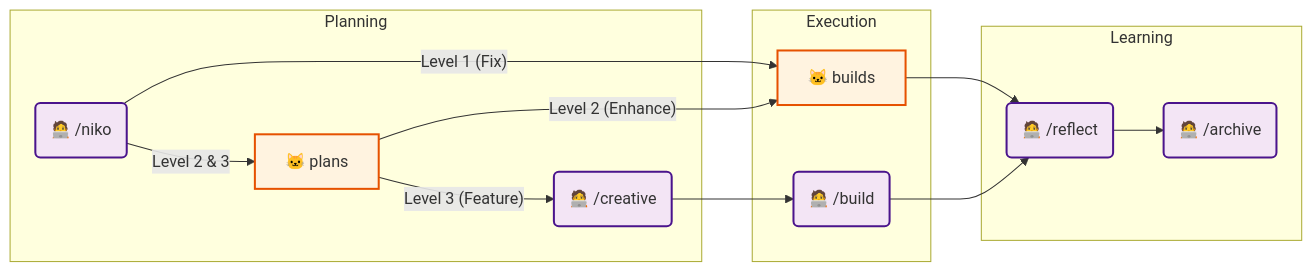
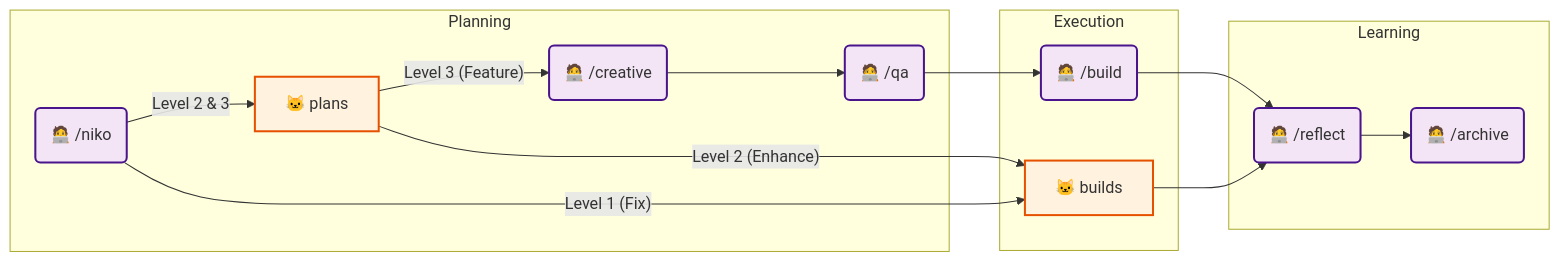
One commit to Texarkanine/.cursor-rules changed the diagram in rulesets/niko/README.md. Above: the diagram before and after it, drawn with Mermaid. The commit also changed 9 other files, not shown here.

````diff
--- a/rulesets/niko/README.md
+++ b/rulesets/niko/README.md
@@ -48,43 +48,47 @@
 ```mermaid
 flowchart LR
 
 	%% Nodes
 	Niko("🧑‍💻 /niko")
 	NikoPlan["🐱 plans"]
 	NikoBuild["🐱 builds"]
 
 	Creative("🧑‍💻 /creative")
+	QA("🧑‍💻 /qa")
 
-	ManBuild("🧑‍💻 /build")
-	
-	Reflect("🧑‍💻 /reflect")
 	Archive("🧑‍💻 /archive")
 
 	%% Paths
 	subgraph Planning
-	
-	Niko -- "Level 2 & 3" --> NikoPlan
+        Niko -- "Level 2 & 3" --> NikoPlan
 
-	NikoPlan -- "Level 3 (Feature)" --> Creative
+        NikoPlan -- "Level 3 (Feature)" --> Creative
+
+        Creative --> QA
 	end
 
+    QA --> ManBuild
+
 	subgraph Execution
-	Niko -- "Level 1 (Fix)" --> NikoBuild
-	NikoPlan -- "Level 2 (Enhance)" --> NikoBuild
-	Creative --> ManBuild
+        ManBuild("🧑‍💻 /build")
+        Niko -- "Level 1 (Fix)" --> NikoBuild
+        NikoPlan -- "Level 2 (Enhance)" --> NikoBuild
 	end
+
+    ManBuild --> Reflect
 	
 	subgraph Learning
-	NikoBuild --> Reflect
-	ManBuild --> Reflect
+        Reflect("🧑‍💻 /reflect")
+        NikoBuild --> Reflect
+        
 
-	Reflect --> Archive
+        Reflect --> Archive
 	end
 
 	%% --- STYLING ---
 	classDef humanNode fill:#f3e5f5,stroke:#4a148c,stroke-width:2px;
 	classDef aiNode fill:#fff3e0,stroke:#e65100,stroke-width:2px;
 
-	class Niko,Creative,ManBuild,Reflect,Archive humanNode;
+	class Niko,Creative,QA,ManBuild,Reflect,Archive humanNode;
 	class NikoPlan,NikoBuild aiNode;
 ```
````
